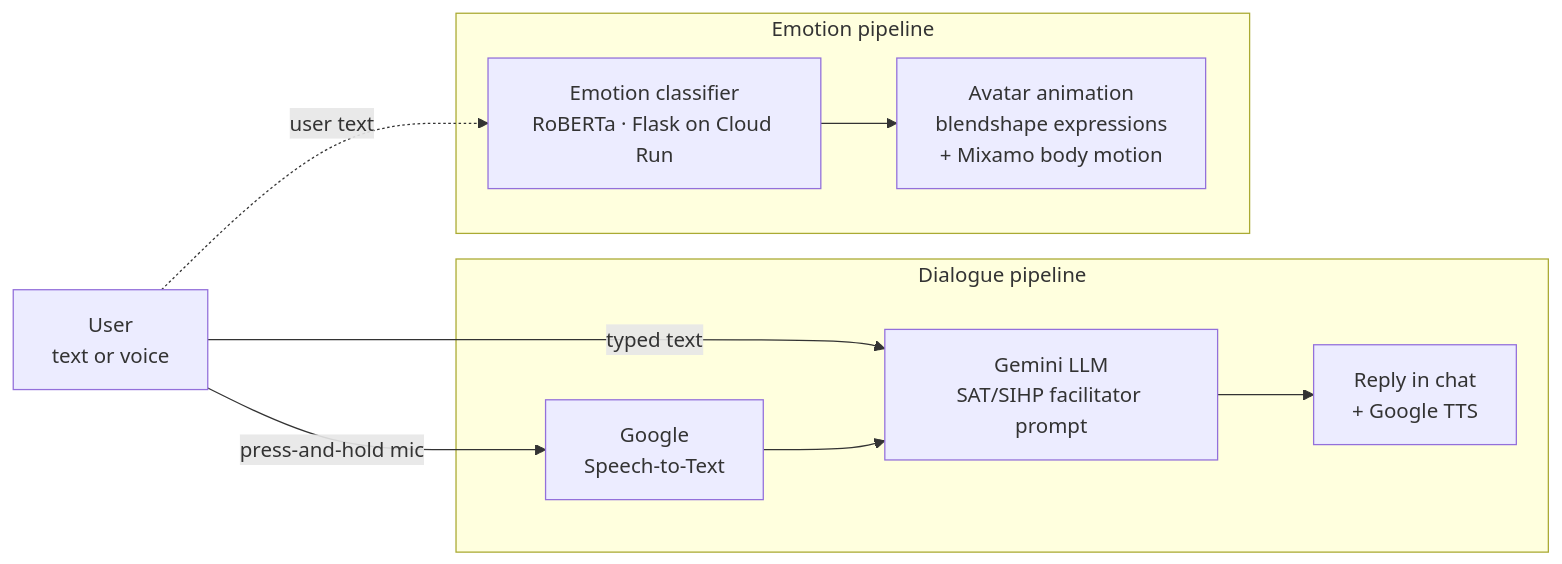
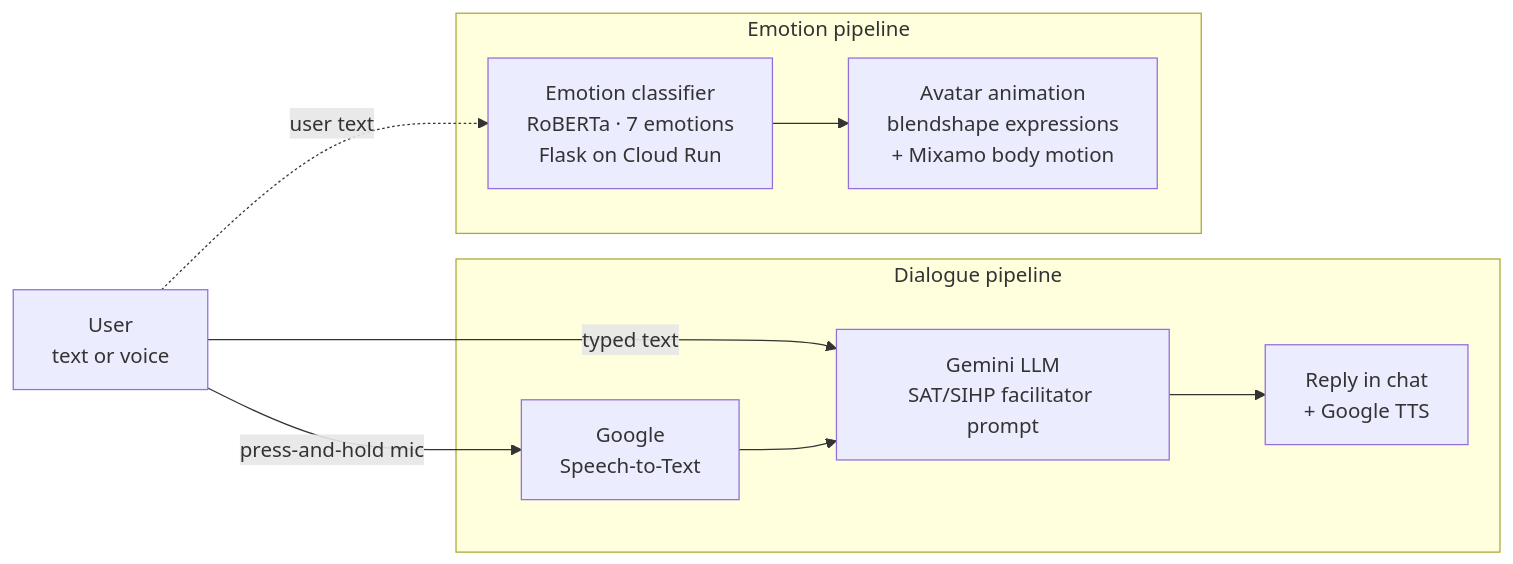
Before and after one commit to xy2119/embodied-empathy: the diagram in README.md, drawn with Mermaid. The commit also changed other lines of this file and 2 other files, not shown here.

Commit message:
Add demo video preview and 7-category emotion mapping to README

````diff
--- a/README.md
+++ b/README.md
@@ -47,20 +59,20 @@
 ```mermaid
 flowchart LR
     U["User<br/>text or voice"] -->|press-and-hold mic| STT["Google<br/>Speech-to-Text"]
     U -->|typed text| G
     STT --> G["Gemini LLM<br/>SAT/SIHP facilitator prompt"]
     G --> R["Reply in chat<br/>+ Google TTS"]
 
-    U -. user text .-> EC["Emotion classifier<br/>RoBERTa · Flask on Cloud Run"]
+    U -. user text .-> EC["Emotion classifier<br/>RoBERTa · 7 emotions<br/>Flask on Cloud Run"]
     EC --> A["Avatar animation<br/>blendshape expressions<br/>+ Mixamo body motion"]
 
     subgraph Dialogue pipeline
       STT
       G
       R
     end
     subgraph Emotion pipeline
       EC
       A
     end
 ```
````
